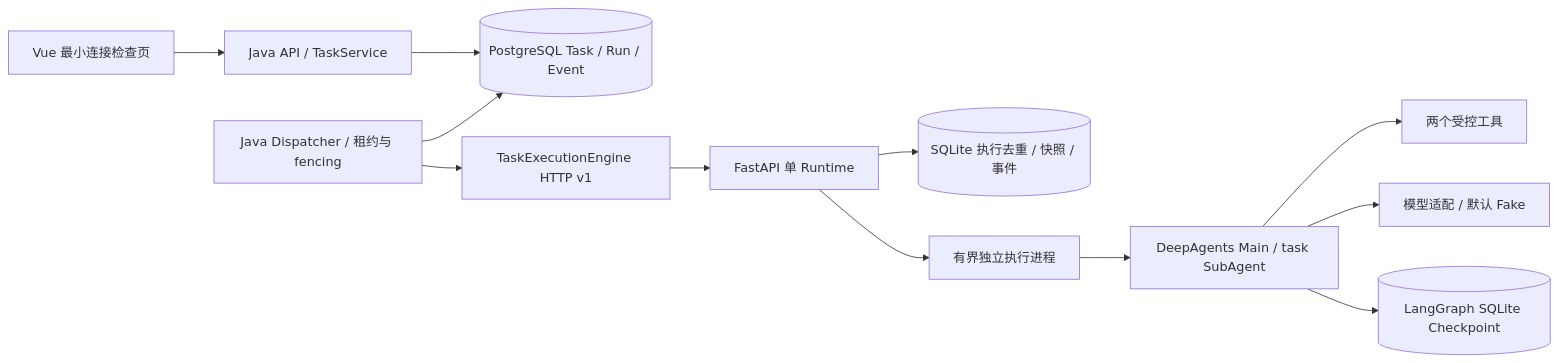
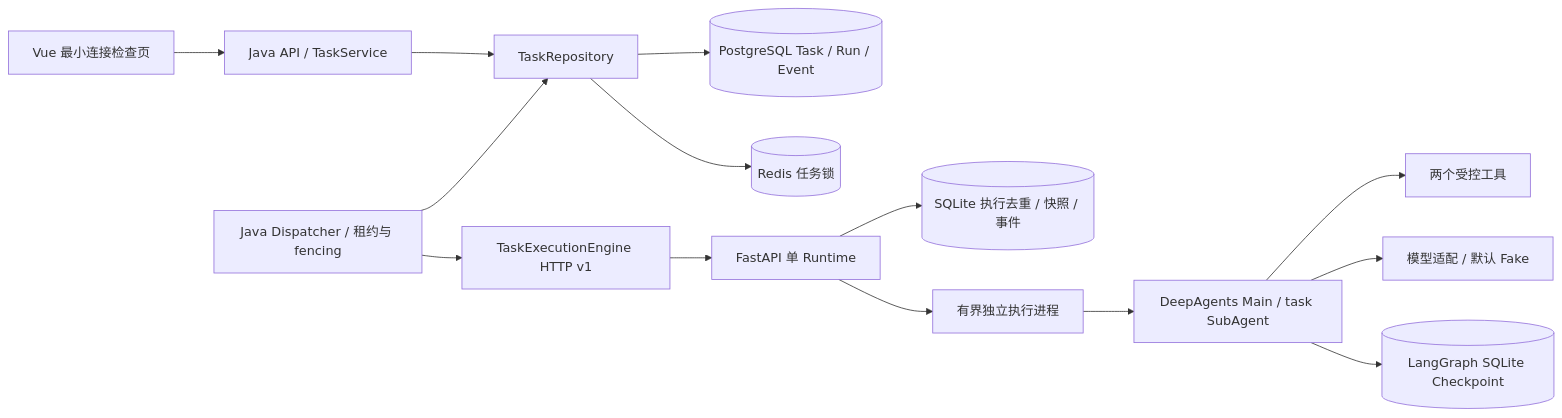
One commit to huangfuProject/enterprise-agent-platform changed the diagram in docs/p0/architecture.md. Above: the diagram before and after it, drawn with Mermaid. The commit also changed other lines of this file and 9 other files, not shown here.

````diff
--- a/docs/p0/architecture.md
+++ b/docs/p0/architecture.md
@@ -3,14 +3,16 @@
 ```mermaid
 flowchart LR
   Web[Vue 最小连接检查页] --> Java[Java API / TaskService]
-  Java --> PG[(PostgreSQL Task / Run / Event)]
-  Dispatcher[Java Dispatcher / 租约与 fencing] --> PG
+  Java --> Repository[TaskRepository]
+  Dispatcher[Java Dispatcher / 租约与 fencing] --> Repository
+  Repository --> PG[(PostgreSQL Task / Run / Event)]
+  Repository --> Redis[(Redis 任务锁)]
   Dispatcher --> HTTP[TaskExecutionEngine HTTP v1]
   HTTP --> Runtime[FastAPI 单 Runtime]
   Runtime --> Store[(SQLite 执行去重 / 快照 / 事件)]
   Runtime --> Process[有界独立执行进程]
   Process --> DeepAgents[DeepAgents Main / task SubAgent]
   DeepAgents --> Tools[两个受控工具]
   DeepAgents --> Model[模型适配 / 默认 Fake]
   DeepAgents --> Saver[(LangGraph SQLite Checkpoint)]
 ```
````
